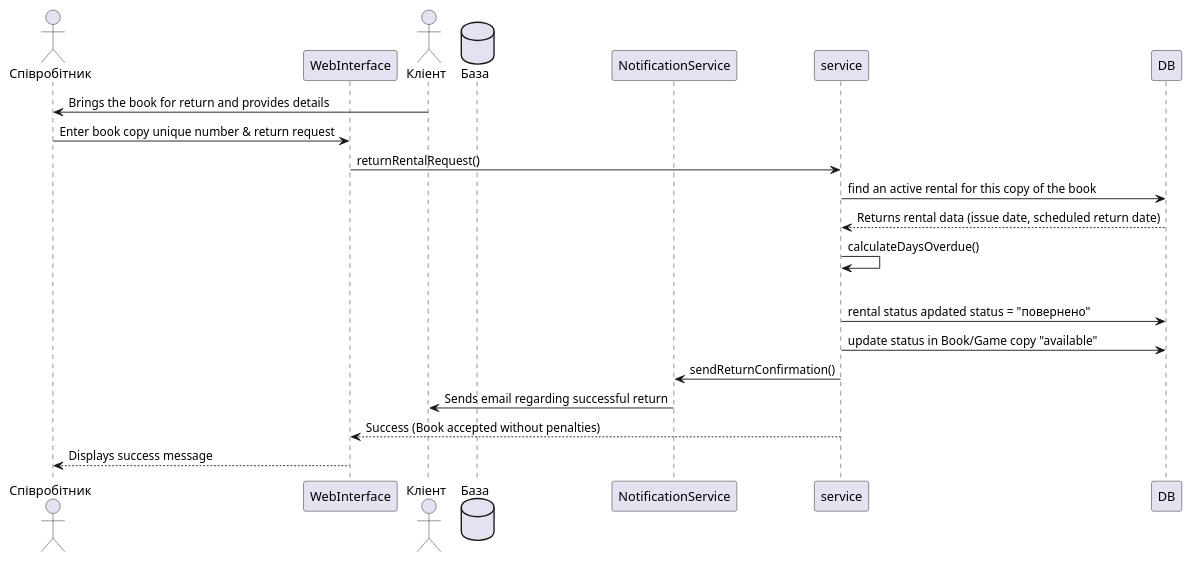
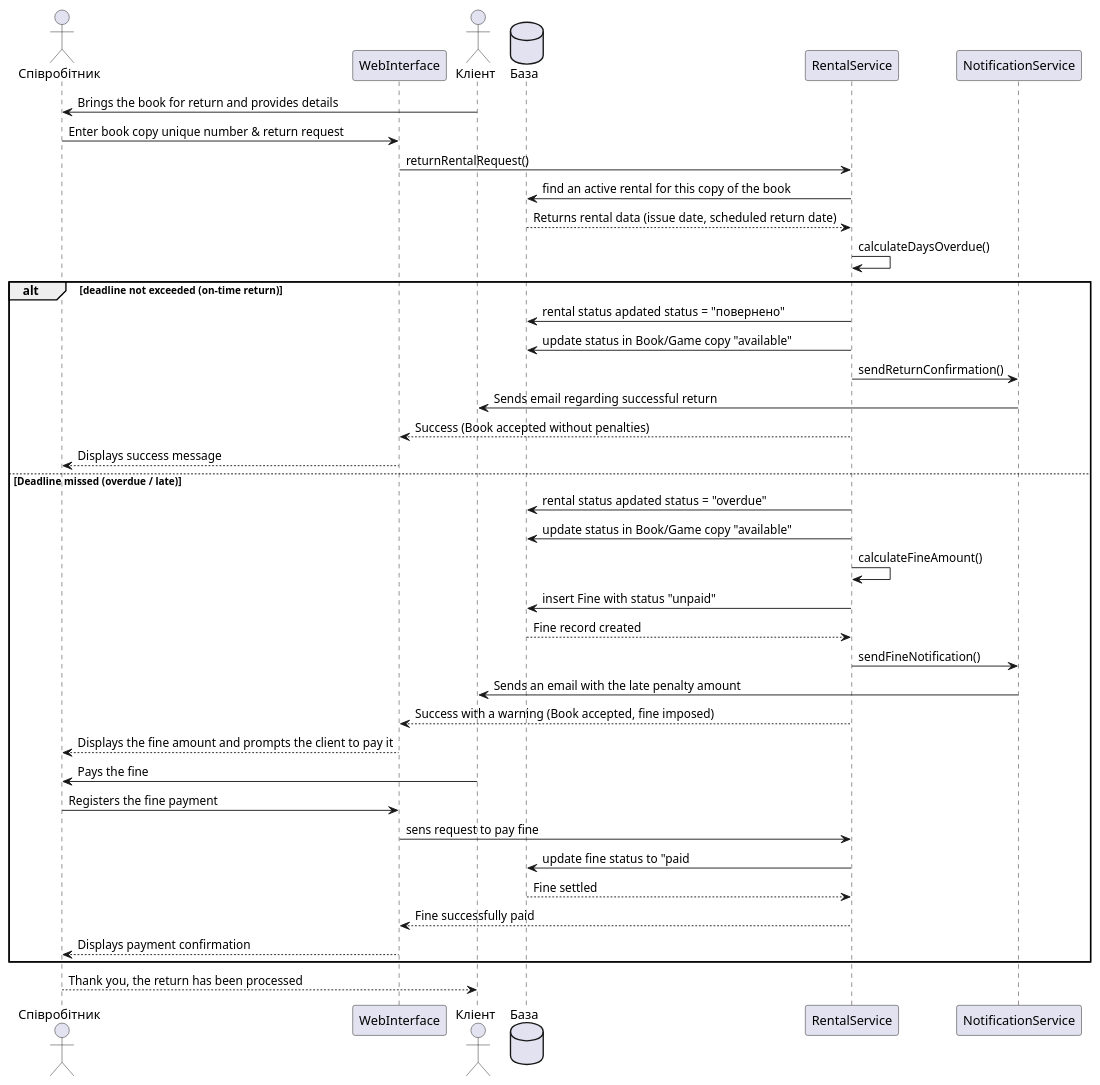
The second of 2 diagrams in task3/sequence.puml (sofiakiosova37-boop/bookshop_kpi2), drawn with PlantUML before and after one commit. The commit also changed other lines of this file, not shown here.

Commit message:
Unsuccesfull scenario 4 is written

```diff
--- a/task3/sequence.puml
+++ b/task3/sequence.puml
@@ -61,24 +63,44 @@
 @startuml
 actor Співробітник as staff 
 participant WebInterface as ui
-actor Кліент as customer
-database База as Database
-participant NotificationService as notif
+actor Кліент as cus
+database База as DB
+participant RentalService as service
+participant NotificationService as notify
 
-customer -> staff: Brings the book for return and provides details
+cus -> staff: Brings the book for return and provides details
 staff -> ui: Enter book copy unique number & return request
 ui -> service: returnRentalRequest()
 service -> DB: find an active rental for this copy of the book
 service <-- DB: Returns rental data (issue date, scheduled return date)
 service -> service: calculateDaysOverdue() 
 
 alt deadline not exceeded (on-time return)
     service -> DB: rental status apdated status = "повернено"
     service -> DB: update status in Book/Game copy "available" 
-    service -> notif: sendReturnConfirmation()
-    notif -> customer: Sends email regarding successful return
+    service -> notify: sendReturnConfirmation()
+    notify -> cus: Sends email regarding successful return
     ui <-- service: Success (Book accepted without penalties)
     staff <-- ui: Displays success message
 
+else Deadline missed (overdue / late)
+    service -> DB: rental status apdated status = "overdue"
+    service -> DB: update status in Book/Game copy "available" 
+    service -> service: calculateFineAmount()
+    service -> DB:insert Fine with status "unpaid"
+    service <-- DB: Fine record created
+    service -> notify: sendFineNotification()
+    notify -> cus: Sends an email with the late penalty amount
+    ui <-- service: Success with a warning (Book accepted, fine imposed)
+    staff <-- ui: Displays the fine amount and prompts the client to pay it
+    cus -> staff: Pays the fine
+    staff -> ui: Registers the fine payment
+    ui -> service: sens request to pay fine
+    service -> DB: update fine status to "paid
+    service <-- DB: Fine settled
+    ui <-- service: Fine successfully paid
+    staff <-- ui: Displays payment confirmation
+end alt
+cus <-- staff: Thank you, the return has been processed
 
 @enduml
```
